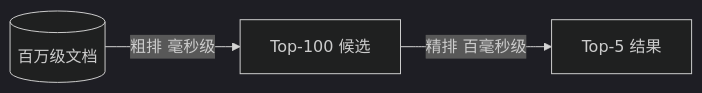
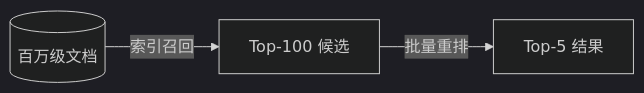
The fourth of 4 diagrams in docs/rag/01-foundations/01-what-is-rag.md (oneleaveknowsthefall/awesome-ai-roadmap), drawn with Mermaid (dark theme) before and after one commit. The commit also changed other lines of this file and 61 other files, not shown here.

````diff
--- a/docs/rag/01-foundations/01-what-is-rag.md
+++ b/docs/rag/01-foundations/01-what-is-rag.md
@@ -134,5 +134,5 @@
 ```mermaid
 flowchart LR
-    ALL[(百万级文档)] -->|粗排 毫秒级| C[Top-100 候选]
-    C -->|精排 百毫秒级| F[Top-5 结果]
+    ALL[(百万级文档)] -->|索引召回| C[Top-100 候选]
+    C -->|批量重排| F[Top-5 结果]
 ```
````
